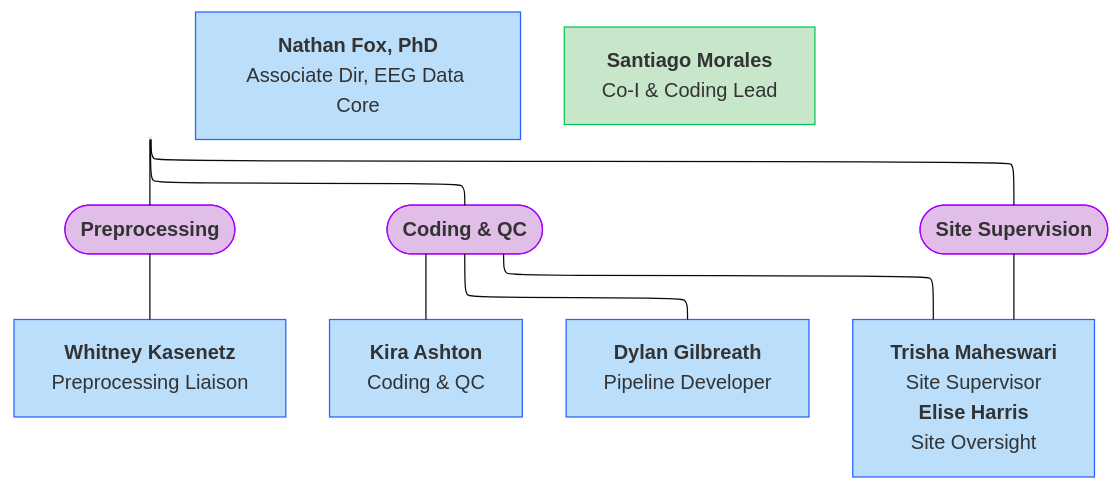
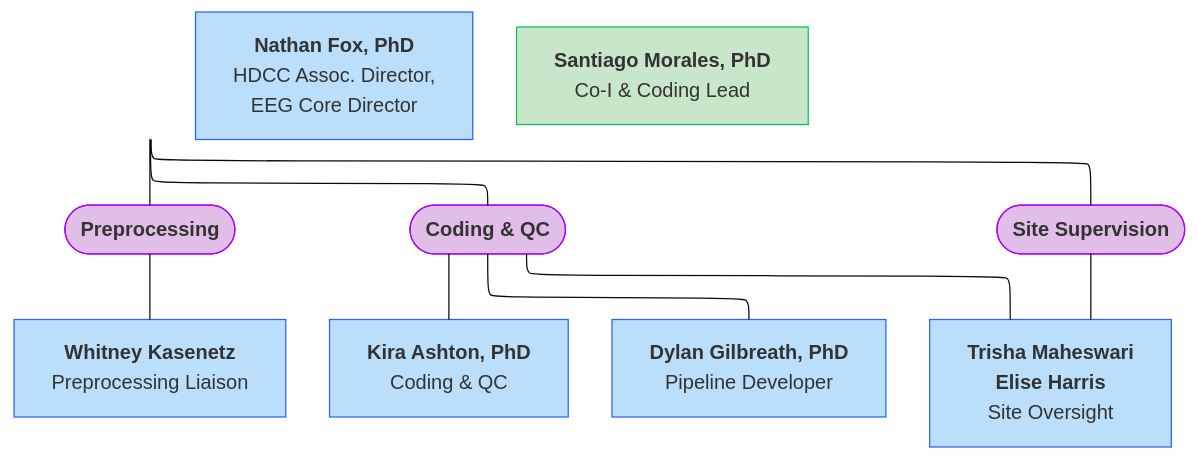
One commit to DCAN-Labs/hbcd-docs-internal changed the diagram in docs/orgcharts/mermaid/umd.mmd. Above: the diagram before and after it, drawn with Mermaid (base theme). The commit also changed 2 other files, not shown here.

```diff
--- a/docs/orgcharts/mermaid/umd.mmd
+++ b/docs/orgcharts/mermaid/umd.mmd
@@ -1,24 +1,24 @@
 ---
 config:
   layout: elk
 ---
 flowchart TB
     n16["<b>Nathan Fox, PhD</b><br>Associate Dir, EEG Data Core"] --- n17(["<b>Preprocessing</b>"]) & n19(["<b>Coding &amp; QC</b>"]) & n29(["<b>Site Supervision</b>"])
     n17 --- n18["<b>Whitney Kasenetz</b><br>Preprocessing Liaison"]
-    n19 --- n27["<b>Kira Ashton</b><br>Coding &amp; QC"] & n28["<b>Dylan Gilbreath</b><br>Pipeline Developer"] & n30["<b>Trisha Maheswari</b><br>Site Supervisor<br><b>Elise Harris</b><br>Site Oversight"]
+    n19 --- n27["<b>Kira Ashton, PhD</b><br>Coding &amp; QC"] & n28["<b>Dylan Gilbreath, PhD</b><br>Pipeline Developer"] & n30["<b>Trisha Maheswari</b><br><b>Elise Harris</b><br>Site Oversight"]
     n29 --- n30
-    n32["<b>Nathan Fox, PhD</b><br>Associate Dir, EEG Data Core"]
-    n33["<b>Santiago Morales</b><br>Co-I &amp; Coding Lead"]
+    n32@{ label: "<b>Nathan Fox, PhD</b><br><span style=\"color:\">HDCC Assoc. Director,<br>EEG Core Director</span>" }
+    n33["<b>Santiago Morales, PhD</b><br>Co-I &amp; Coding Lead"]
     n16@{ shape: anchor}
     n32@{ shape: rect}
     n33@{ shape: rect}
     style n16 fill:#BBDEFB,stroke:#2962FF
     style n17 fill:#E1BEE7,stroke:#AA00FF
     style n19 fill:#E1BEE7,stroke:#AA00FF
     style n29 fill:#E1BEE7,stroke:#AA00FF
     style n18 fill:#BBDEFB,stroke:#2962FF
     style n27 fill:#BBDEFB,stroke:#2962FF
     style n28 fill:#BBDEFB,stroke:#2962FF
     style n30 fill:#BBDEFB,stroke:#2962FF
     style n32 fill:#BBDEFB,stroke:#2962FF
     style n33 fill:#C8E6C9,stroke:#00C853
```
